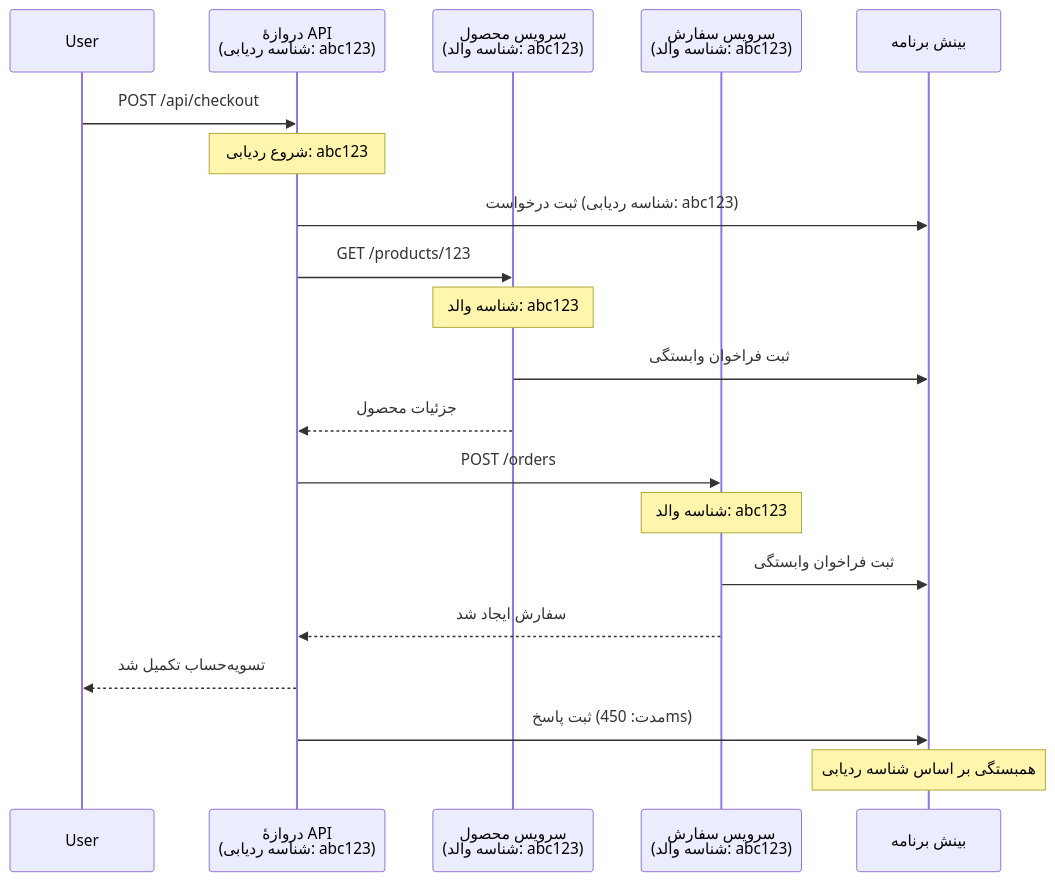
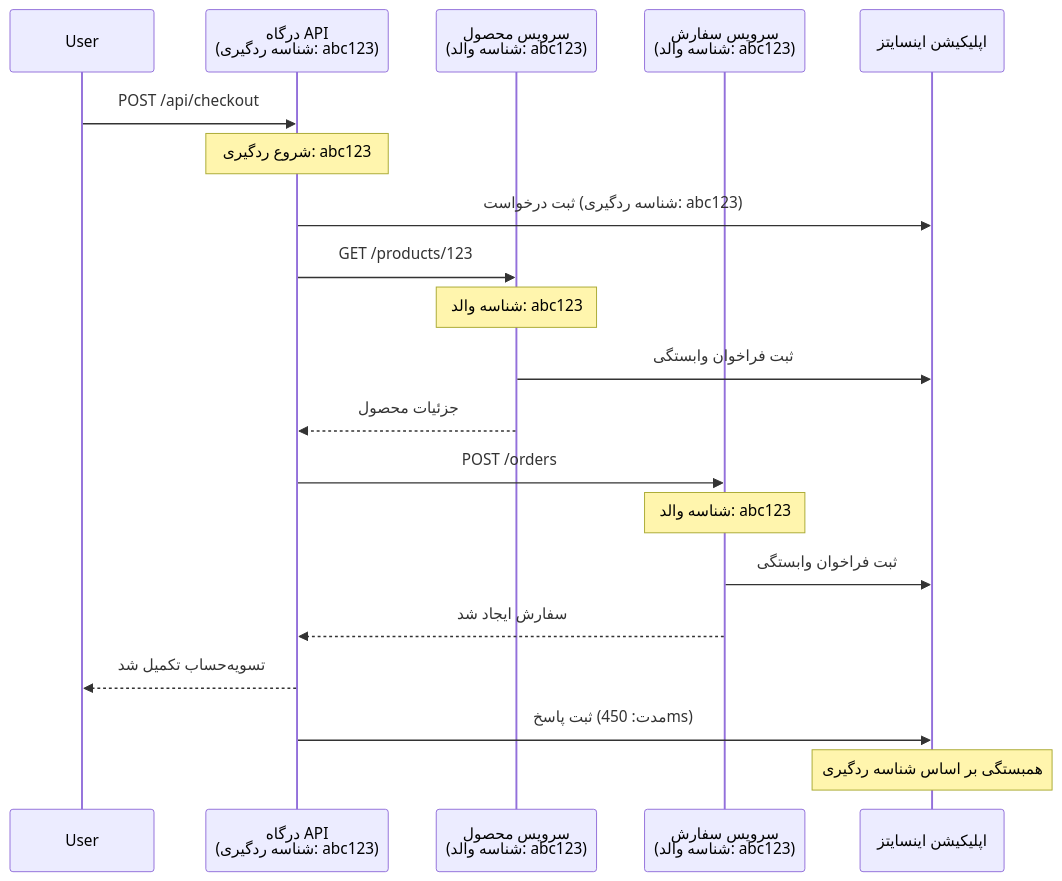
One commit to microsoft/AZD-for-beginners changed the second of 2 diagrams in translations/fa/docs/chapter-06-pre-deployment/application-insights.md. Above: the diagram before and after it, drawn with Mermaid. The commit also changed other lines of this file and 101 other files, not shown here.

````diff
--- a/translations/fa/docs/chapter-06-pre-deployment/application-insights.md
+++ b/translations/fa/docs/chapter-06-pre-deployment/application-insights.md
@@ -744,27 +744,27 @@
 ```mermaid
 sequenceDiagram
     participant User
-    participant Gateway as دروازهٔ API<br/>(شناسه ردیابی: abc123)
+    participant Gateway as درگاه API<br/>(شناسه ردگیری: abc123)
     participant Product as سرویس محصول<br/>(شناسه والد: abc123)
     participant Order as سرویس سفارش<br/>(شناسه والد: abc123)
-    participant AppInsights as بینش برنامه
+    participant AppInsights as اپلیکیشن اینسایتز
     
     User->>Gateway: POST /api/checkout
-    Note over Gateway: شروع ردیابی: abc123
-    Gateway->>AppInsights: ثبت درخواست (شناسه ردیابی: abc123)
+    Note over Gateway: شروع ردگیری: abc123
+    Gateway->>AppInsights: ثبت درخواست (شناسه ردگیری: abc123)
     
     Gateway->>Product: GET /products/123
     Note over Product: شناسه والد: abc123
     Product->>AppInsights: ثبت فراخوان وابستگی
     Product-->>Gateway: جزئیات محصول
     
     Gateway->>Order: POST /orders
     Note over Order: شناسه والد: abc123
     Order->>AppInsights: ثبت فراخوان وابستگی
     Order-->>Gateway: سفارش ایجاد شد
     
     Gateway-->>User: تسویه‌حساب تکمیل شد
     Gateway->>AppInsights: ثبت پاسخ (مدت: 450ms)
     
-    Note over AppInsights: همبستگی بر اساس شناسه ردیابی
+    Note over AppInsights: همبستگی بر اساس شناسه ردگیری
 ```
````
